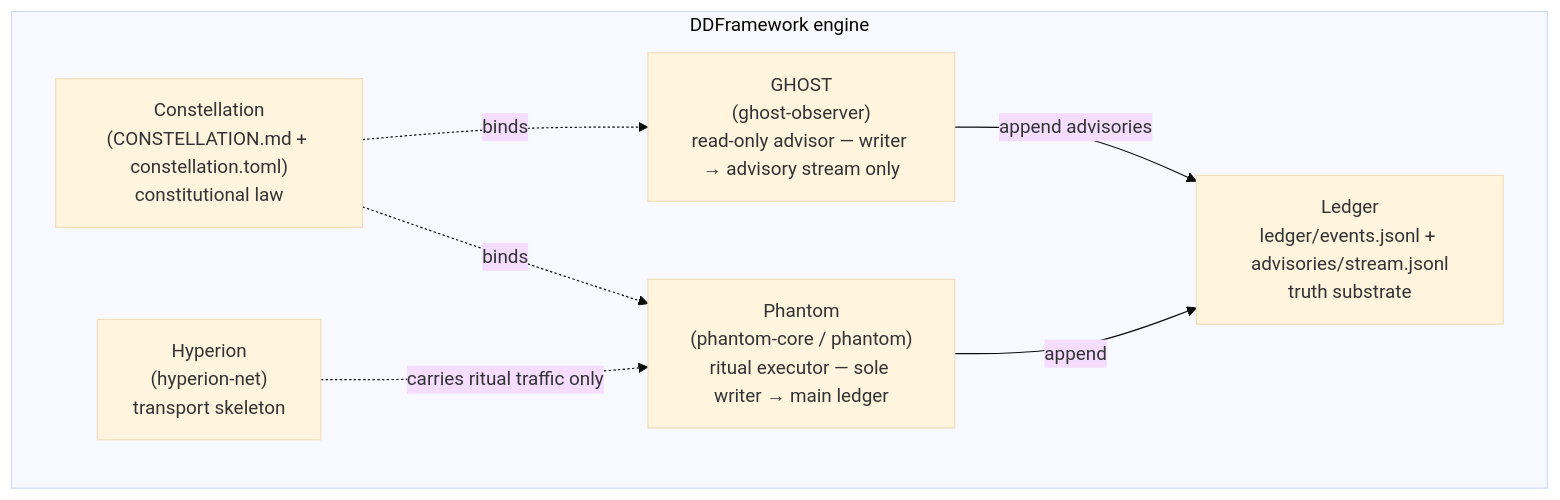
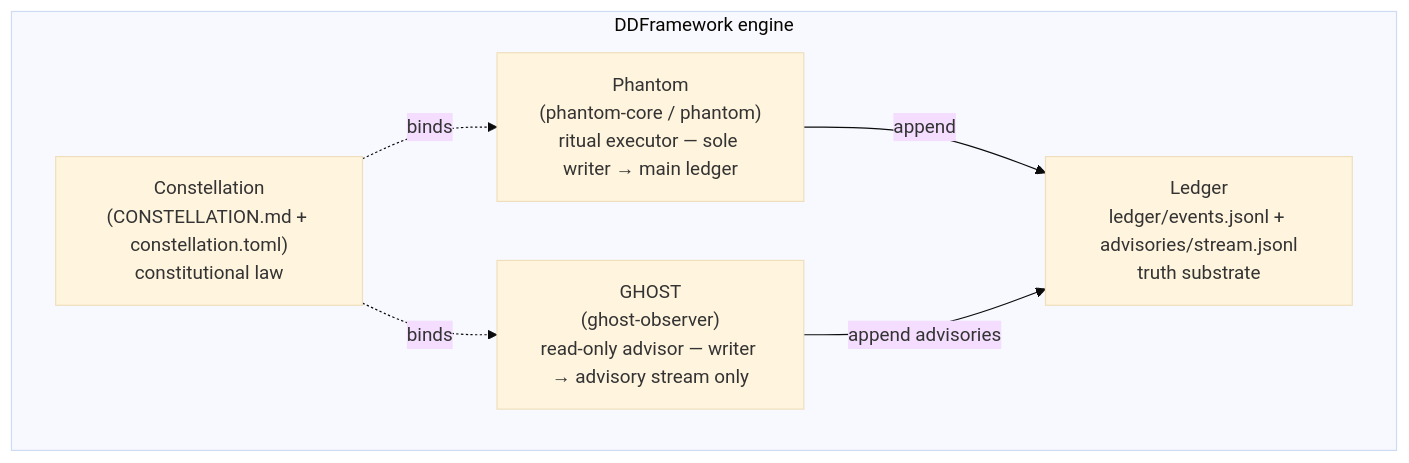
One commit to darknorthaco/DDFramework changed the first of 5 diagrams in docs/VISUAL_LAYERS.md. Above: the diagram before and after it, drawn with Mermaid (base theme). The commit also changed other lines of this file and 13 other files, not shown here.

````diff
--- a/docs/VISUAL_LAYERS.md
+++ b/docs/VISUAL_LAYERS.md
@@ -22,15 +23,13 @@
 ```mermaid
 flowchart TB
   subgraph engine["DDFramework engine"]
     C["Constellation\n(CONSTELLATION.md + constellation.toml)\nconstitutional law"]
     P["Phantom\n(phantom-core / phantom)\nritual executor — sole writer → main ledger"]
     G["GHOST\n(ghost-observer)\nread-only advisor — writer → advisory stream only"]
-    H["Hyperion\n(hyperion-net)\ntransport skeleton"]
     L["Ledger\nledger/events.jsonl + advisories/stream.jsonl\ntruth substrate"]
   end
   C -.->|binds| P
   C -.->|binds| G
   P -->|append| L
   G -->|append advisories| L
-  H -.->|carries ritual traffic only| P
 ```
````
